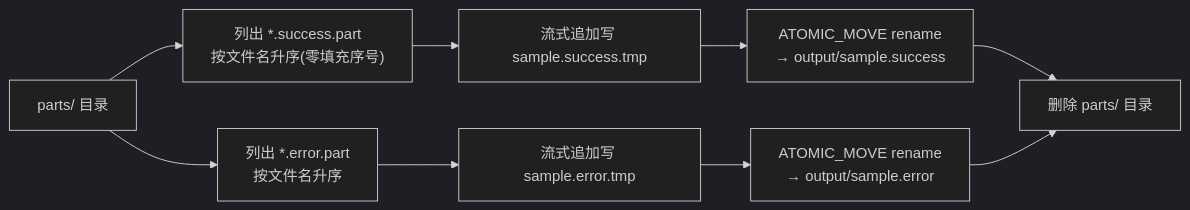
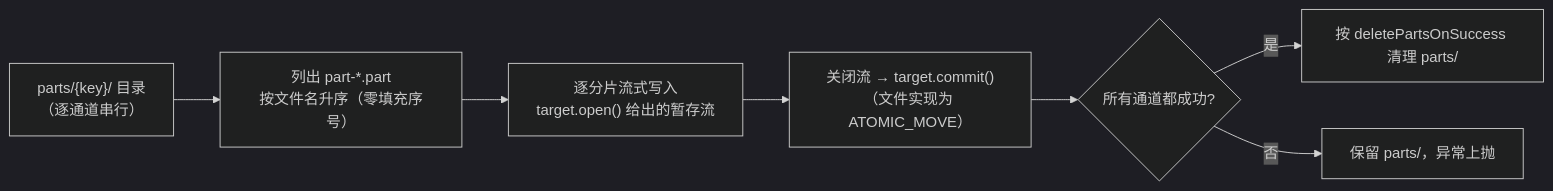
Before and after one commit to owengoodluck/java-batch-pipeline: the seventh of 13 diagrams in DESIGN.md, drawn with Mermaid (dark theme). The commit also changed other lines of this file and 31 other files, not shown here.

````diff
--- a/DESIGN.md
+++ b/DESIGN.md
@@ -413,11 +451,9 @@
 ```mermaid
 flowchart LR
-    A["parts/ 目录"] --> B["列出 *.success.part<br/>按文件名升序(零填充序号)"]
-    A --> B2["列出 *.error.part<br/>按文件名升序"]
-    B --> C["流式追加写 sample.success.tmp"]
-    B2 --> C2["流式追加写 sample.error.tmp"]
-    C --> D["ATOMIC_MOVE rename<br/>→ output/sample.success"]
-    C2 --> D2["ATOMIC_MOVE rename<br/>→ output/sample.error"]
-    D --> E["删除 parts/ 目录"]
-    D2 --> E
+    A["parts/{key}/ 目录<br/>（逐通道串行）"] --> B["列出 part-*.part<br/>按文件名升序（零填充序号）"]
+    B --> C["逐分片流式写入<br/>target.open() 给出的暂存流"]
+    C --> D["关闭流 → target.commit()<br/>（文件实现为 ATOMIC_MOVE）"]
+    D --> E{"所有通道都成功?"}
+    E -- 是 --> F["按 deletePartsOnSuccess 清理 parts/"]
+    E -- 否 --> G["保留 parts/，异常上抛"]
 ```
````
